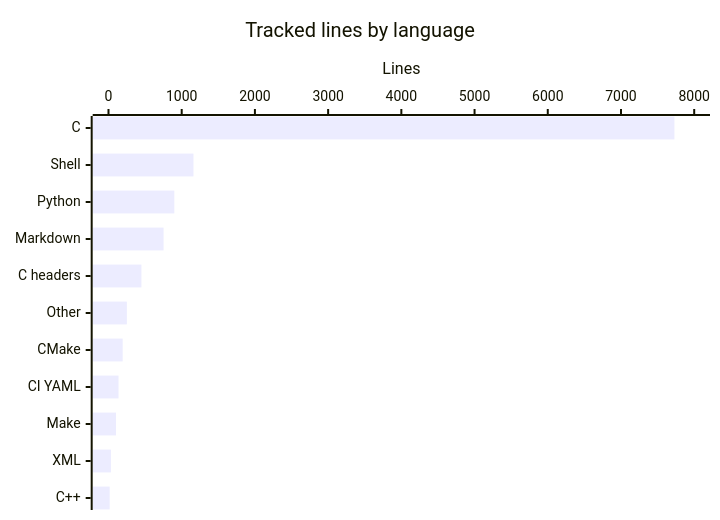
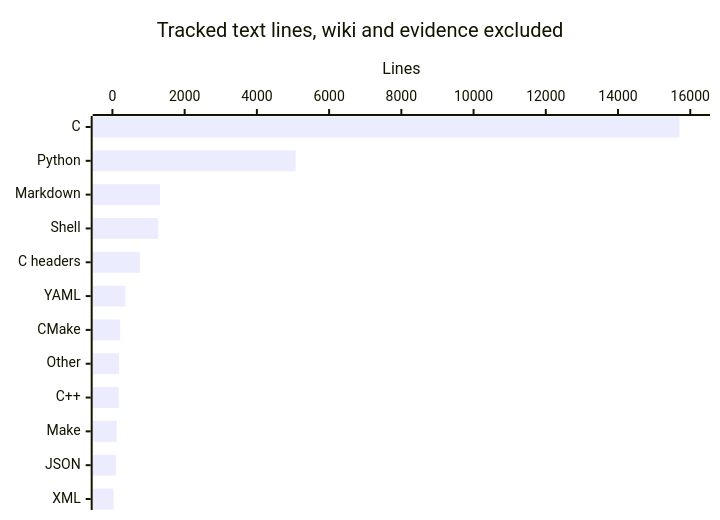
Before and after one commit to artemklen/ki_xml_pdf: the diagram in droid-wiki/by-the-numbers.md, drawn with Mermaid. The commit also changed other lines of this file and 43 other files, not shown here.

````diff
--- a/droid-wiki/by-the-numbers.md
+++ b/droid-wiki/by-the-numbers.md
@@ -23,8 +30,7 @@
 ```mermaid
-%%{init: {"xyChart": {"chartOrientation": "horizontal"}}}%%
-xychart-beta
-    title "Tracked lines by language"
-    x-axis ["C", "Shell", "Python", "Markdown", "C headers", "Other", "CMake", "CI YAML", "Make", "XML", "C++"]
-    y-axis "Lines" 0 --> 8000
-    bar [7730, 1161, 899, 752, 450, 251, 194, 137, 103, 33, 16]
+xychart-beta horizontal
+    title "Tracked text lines, wiki and evidence excluded"
+    x-axis ["C", "Python", "Markdown", "Shell", "C headers", "YAML", "CMake", "Other", "C++", "Make", "JSON", "XML"]
+    y-axis "Lines" 0 --> 16000
+    bar [15702, 5076, 1319, 1268, 761, 358, 215, 184, 173, 118, 97, 33]
 ```
````
